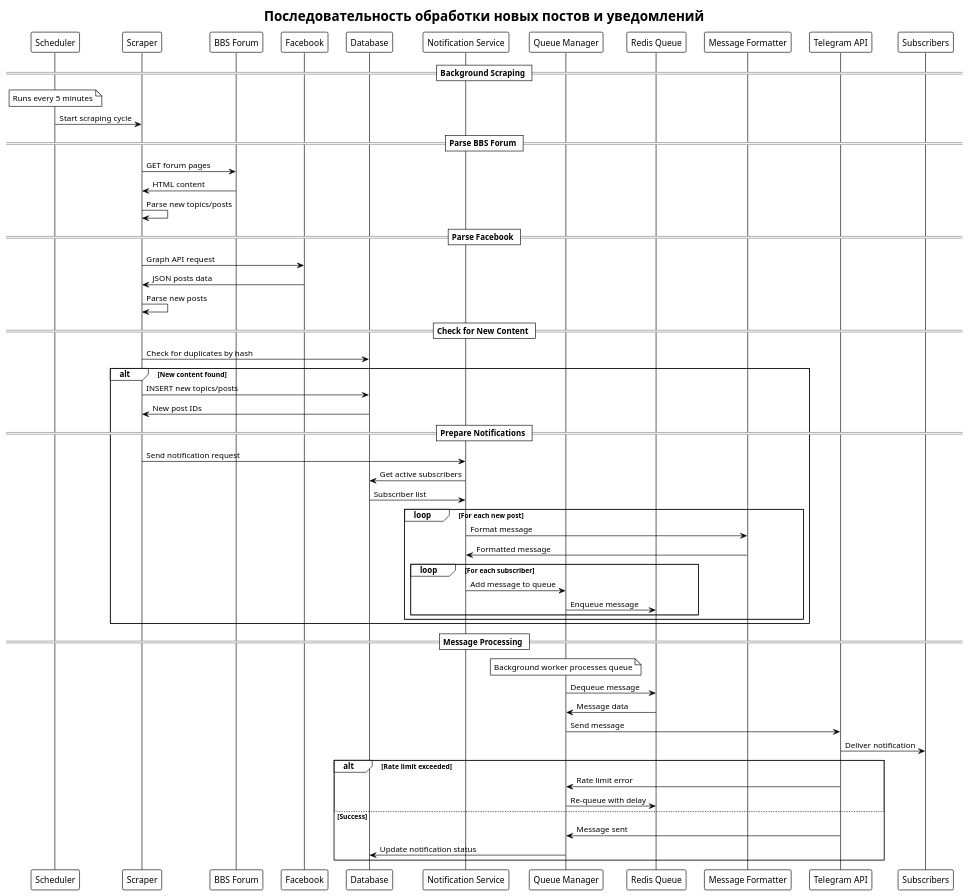
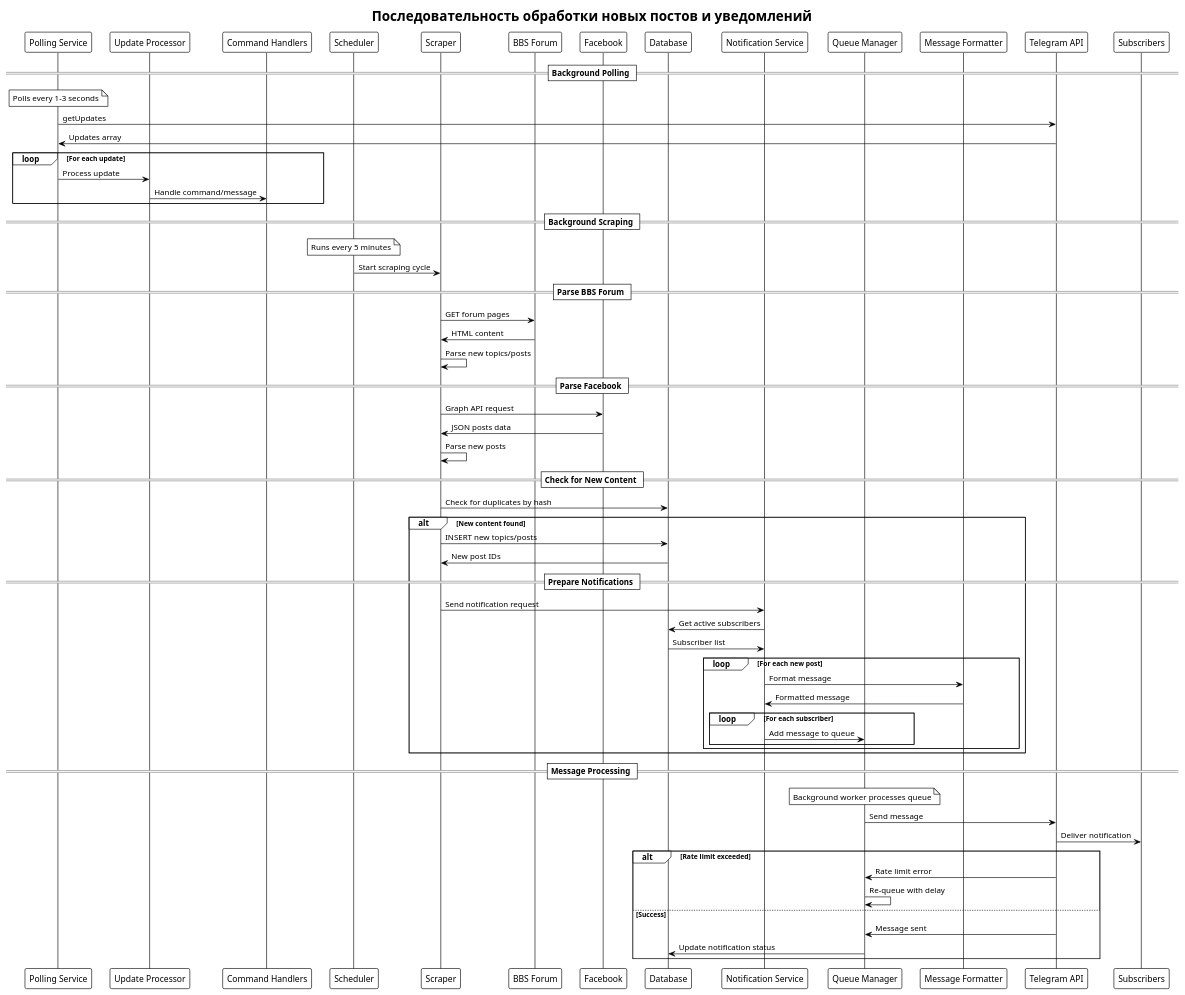
One commit to almaz-uno/toy-terrier changed the second of 3 diagrams in docs/toy-terrier-telegram.adoc. Above: the diagram before and after it, drawn with PlantUML. The commit also changed other lines of this file, not shown here.

First line of the commit message:
🔄 Migrates bot architecture from webhook to polling

```diff
--- a/docs/toy-terrier-telegram.adoc
+++ b/docs/toy-terrier-telegram.adoc
@@ -346,70 +354,79 @@
 [plantuml,telegram-bot-sequence,svg]
 ----
 !theme plain
 skinparam backgroundColor #FFFFFF
 
 title Последовательность обработки новых постов и уведомлений
 
+participant "Polling Service" as PollingService
+participant "Update Processor" as UpdateProcessor
+participant "Command Handlers" as CommandHandlers
 participant "Scheduler" as Scheduler
 participant "Scraper" as Scraper
 participant "BBS Forum" as BBSForum
 participant "Facebook" as Facebook
 participant "Database" as DB
 participant "Notification Service" as NotifyService
 participant "Queue Manager" as Queue
-participant "Redis Queue" as RedisQueue
 participant "Message Formatter" as Formatter
 participant "Telegram API" as TelegramAPI
 participant "Subscribers" as Users
+
+== Background Polling ==
+note over PollingService: Polls every 1-3 seconds
+PollingService -> TelegramAPI: getUpdates
+TelegramAPI -> PollingService: Updates array
+
+loop For each update
+    PollingService -> UpdateProcessor: Process update
+    UpdateProcessor -> CommandHandlers: Handle command/message
+end
 
 == Background Scraping ==
 note over Scheduler: Runs every 5 minutes
 Scheduler -> Scraper: Start scraping cycle
 
 == Parse BBS Forum ==
 Scraper -> BBSForum: GET forum pages
 BBSForum -> Scraper: HTML content
 Scraper -> Scraper: Parse new topics/posts
 
 == Parse Facebook ==
 Scraper -> Facebook: Graph API request
 Facebook -> Scraper: JSON posts data
 Scraper -> Scraper: Parse new posts
 
 == Check for New Content ==
 Scraper -> DB: Check for duplicates by hash
 alt New content found
     Scraper -> DB: INSERT new topics/posts
     DB -> Scraper: New post IDs
-    
+
     == Prepare Notifications ==
     Scraper -> NotifyService: Send notification request
     NotifyService -> DB: Get active subscribers
     DB -> NotifyService: Subscriber list
-    
+
     loop For each new post
         NotifyService -> Formatter: Format message
         Formatter -> NotifyService: Formatted message
-        
+
         loop For each subscriber
             NotifyService -> Queue: Add message to queue
-            Queue -> RedisQueue: Enqueue message
         end
     end
 end
 
 == Message Processing ==
 note over Queue: Background worker processes queue
-Queue -> RedisQueue: Dequeue message
-RedisQueue -> Queue: Message data
 Queue -> TelegramAPI: Send message
 TelegramAPI -> Users: Deliver notification
 
 alt Rate limit exceeded
     TelegramAPI -> Queue: Rate limit error
-    Queue -> RedisQueue: Re-queue with delay
+    Queue -> Queue: Re-queue with delay
 else Success
     TelegramAPI -> Queue: Message sent
     Queue -> DB: Update notification status
 end
 ----
```
